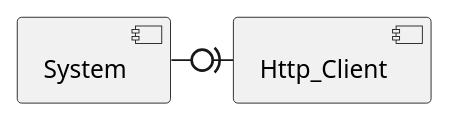
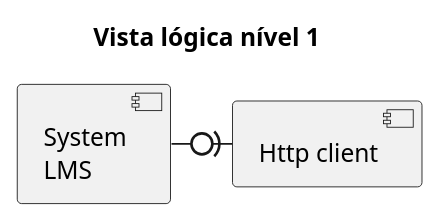
One commit to Guiigou/SIDIS_2024 changed the diagram in LibraryAPI/docs/Vista lógica/Nivel1.puml. Above: the diagram before and after it, drawn with PlantUML. The commit also changed 7 other files, not shown here.

```diff
--- a/LibraryAPI/docs/Vista lógica/Nivel1.puml
+++ b/LibraryAPI/docs/Vista lógica/Nivel1.puml
@@ -1,17 +1,22 @@
 @startuml
  'https://plantuml.com/class-diagram
+
+title Vista lógica nível 1
 
  hide circle
  skinparam classAttributeIconSize 0
 
 
-component System {
-}
-component Http_Client {
+component System [
+  System
+  LMS
+]
+component Http_Client [
+    Http client
+]
 
-}
 
 System -right0)- Http_Client
 
 
 @enduml
```
